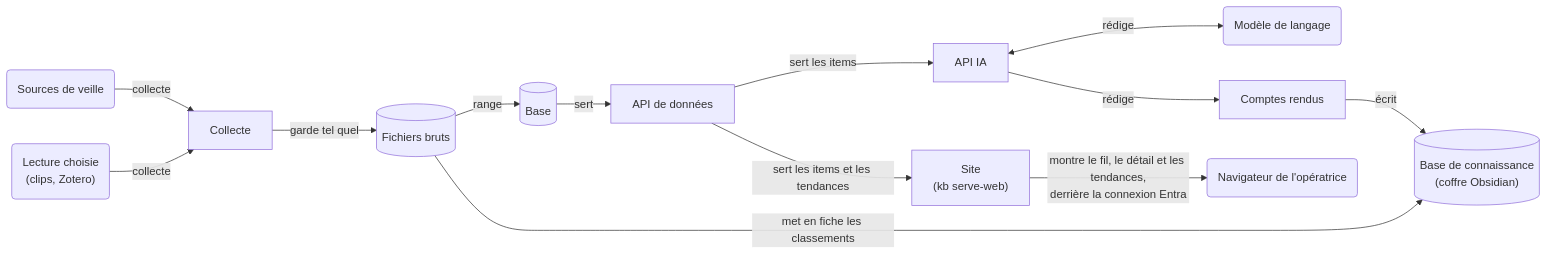
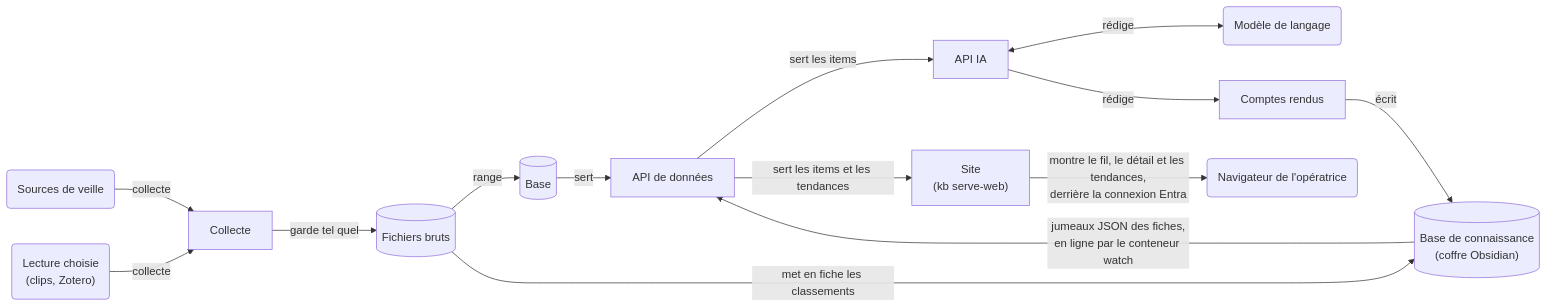
Before and after one commit to SabineLaurent/K-B: the first of 4 diagrams in documentation/architecture_pour_docu.md, drawn with Mermaid. The commit also changed other lines of this file and 1 other file, not shown here.

Commit message:
docs: format the architecture and installation sheets for the site, point them at fd956430 in one stamp, and apply the open findings of their review of 11/11 (issue 167)

````diff
--- a/documentation/architecture_pour_docu.md
+++ b/documentation/architecture_pour_docu.md
@@ -29,27 +34,30 @@
 ```mermaid
 flowchart LR
+    accTitle: Le flux des données de K-B, en bref
+    accDescr: La collecte lit les sources de veille et la lecture choisie et garde ce qu'elle reçoit dans les fichiers bruts, rangés ensuite dans la base. L'API de données sert la base à l'API IA et au site. L'API IA fait rédiger par le modèle de langage les comptes rendus, écrits dans le coffre Obsidian avec les fiches des classements. L'API de données sert aussi, en ligne, les jumeaux JSON des fiches des classements et des comptes rendus de veille. Le site montre le fil, le détail et les tendances au navigateur de l'opératrice, derrière la connexion Entra. Tout est déployé, sauf la collecte de Zotero en ligne, prévue.
     sources("Sources de veille")
     choice("Lecture choisie<br>(clips, Zotero)")
     collect["Collecte"]
     raw[("Fichiers bruts")]
     base[("Base")]
     dataApi["API de données"]
     aiApi["API IA"]
     model("Modèle de langage")
     reports["Comptes rendus"]
     vault[("Base de connaissance<br>(coffre Obsidian)")]
     web["Site<br>(kb serve-web)"]
     browser("Navigateur de l'opératrice")
     sources -->|"collecte"| collect
     choice -->|"collecte"| collect
     collect -->|"garde tel quel"| raw
     raw -->|"range"| base
     raw -->|"met en fiche les classements"| vault
     base -->|"sert"| dataApi
     dataApi -->|"sert les items"| aiApi
     aiApi <-->|"rédige"| model
     aiApi -->|"rédige"| reports
     reports -->|"écrit"| vault
+    vault -->|"jumeaux JSON des fiches,<br>en ligne par le conteneur watch"| dataApi
     dataApi -->|"sert les items et les tendances"| web
     web -->|"montre le fil, le détail et les tendances,<br>derrière la connexion Entra"| browser
 ```
````
